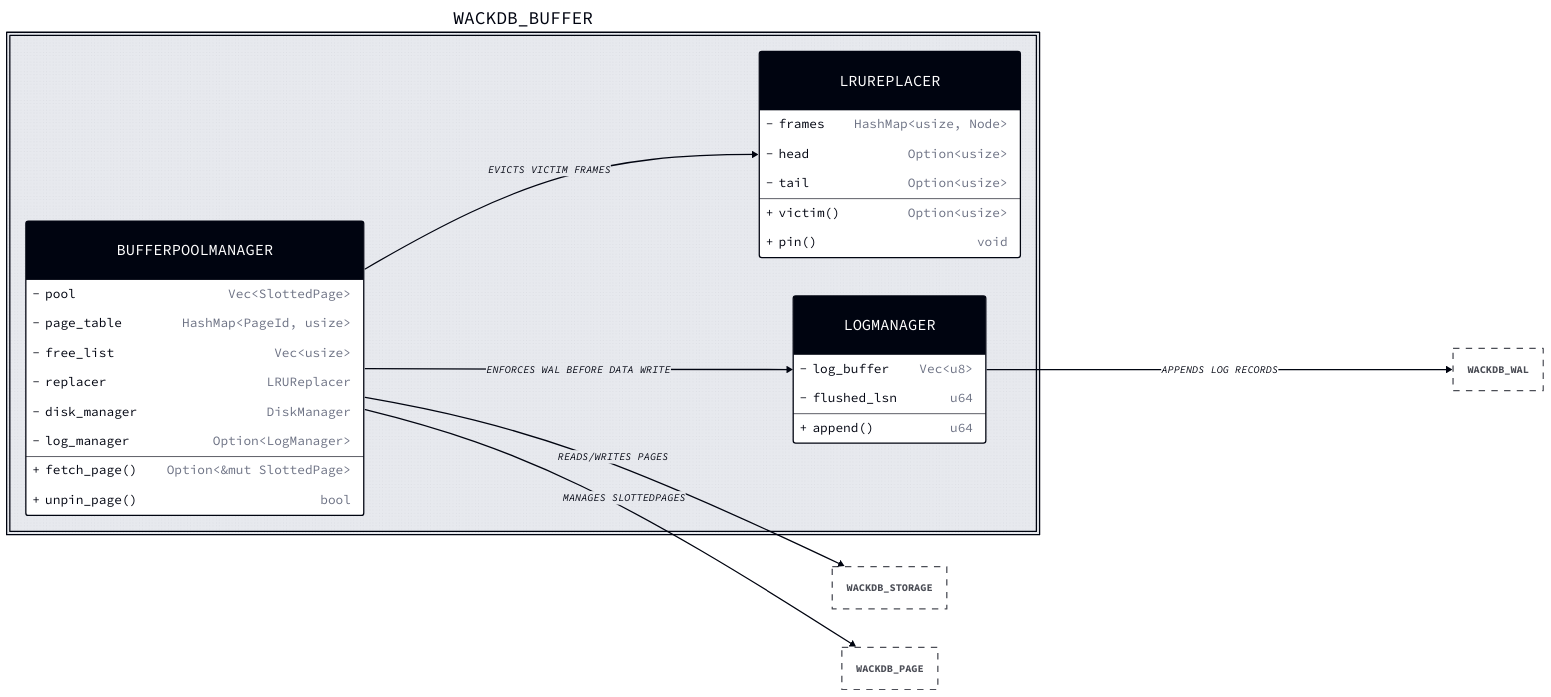
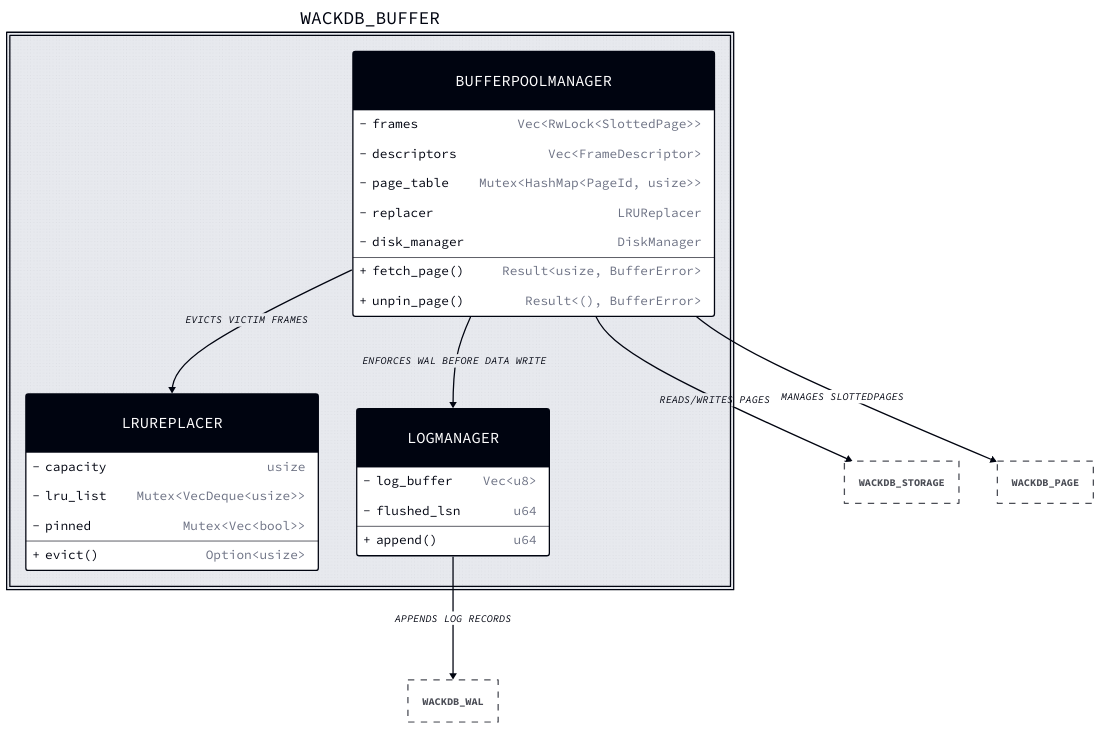
Before and after one commit to CHOCEK-RB/wackdb: the diagram in docs/diagrams/src/wackdb_buffer.d2, drawn with D2. The commit also changed 31 other files, not shown here.

Commit message:
docs: update architecture diagrams

```diff
--- a/docs/diagrams/src/wackdb_buffer.d2
+++ b/docs/diagrams/src/wackdb_buffer.d2
@@ -1,58 +1,56 @@
-direction: right
+direction: down
 
 vars: {
   d2-config: {
     theme-id: 301
   }
 }
 
 classes: {
   struct: {
     shape: class
     style: { border-radius: 4 }
   }
   external: {
     style: { stroke-dash: 5; opacity: 0.7 }
   }
 }
 
 wackdb_buffer: {
   BufferPoolManager: {
     class: struct
-    "-pool": "Vec<SlottedPage>"
-    "-page_table": "HashMap<PageId, usize>"
-    "-free_list": "Vec<usize>"
+    "-frames": "Vec<RwLock<SlottedPage>>"
+    "-descriptors": "Vec<FrameDescriptor>"
+    "-page_table": "Mutex<HashMap<PageId, usize>>"
     "-replacer": LRUReplacer
     "-disk_manager": DiskManager
-    "-log_manager": "Option<LogManager>"
-    +fetch_page(): "Option<&mut SlottedPage>"
-    +unpin_page(): bool
+    +fetch_page(): "Result<usize, BufferError>"
+    +unpin_page(): "Result<(), BufferError>"
   }
 
   LRUReplacer: {
     class: struct
-    "-frames": "HashMap<usize, Node>"
-    "-head": "Option<usize>"
-    "-tail": "Option<usize>"
-    +victim(): "Option<usize>"
-    +pin(): void
+    "-capacity": usize
+    "-lru_list": "Mutex<VecDeque<usize>>"
+    "-pinned": "Mutex<Vec<bool>>"
+    +evict(): "Option<usize>"
   }
   
   LogManager: {
     class: struct
     "-log_buffer": "Vec<u8>"
     "-flushed_lsn": u64
     +append(): u64
   }
   
   BufferPoolManager -> LRUReplacer: "Evicts victim frames"
   BufferPoolManager -> LogManager: "Enforces WAL before data write"
 }
 
 wackdb_storage: { class: external }
 wackdb_wal: { class: external }
 wackdb_page: { class: external }
 
 wackdb_buffer.BufferPoolManager -> wackdb_storage: "Reads/Writes Pages"
 wackdb_buffer.BufferPoolManager -> wackdb_page: "Manages SlottedPages"
 wackdb_buffer.LogManager -> wackdb_wal: "Appends log records"
```
